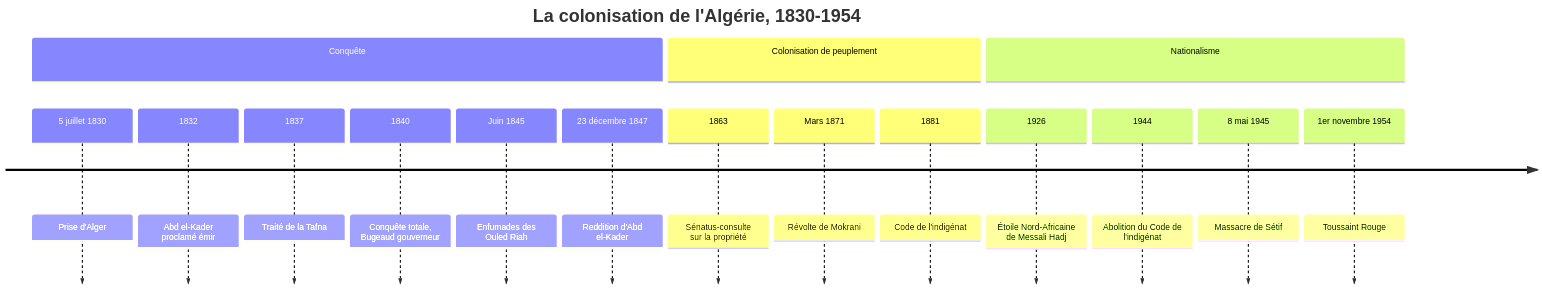
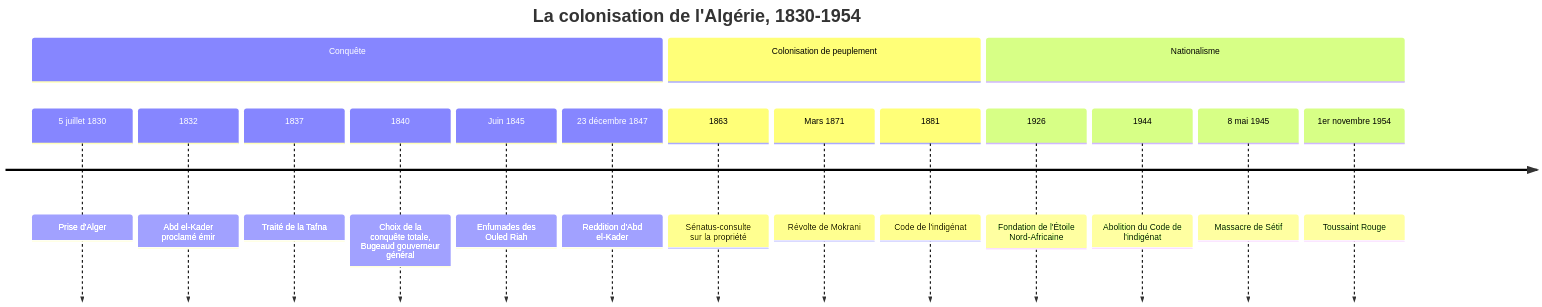
The diagram in Social Sciences/History/France/05 - Colonisation de l'Algérie.md (rwmicro/pensine), drawn with Mermaid before and after one commit. The commit also changed 23 other files, not shown here.

````diff
--- a/Social Sciences/History/France/05 - Colonisation de l'Algérie.md
+++ b/Social Sciences/History/France/05 - Colonisation de l'Algérie.md
@@ -19,20 +19,20 @@
 ```mermaid
 timeline
     title La colonisation de l'Algérie, 1830-1954
     section Conquête
         5 juillet 1830 : Prise d'Alger
         1832 : Abd el-Kader proclamé émir
         1837 : Traité de la Tafna
-        1840 : Conquête totale, Bugeaud gouverneur
+        1840 : Choix de la conquête totale, Bugeaud gouverneur général
         Juin 1845 : Enfumades des Ouled Riah
         23 décembre 1847 : Reddition d'Abd el-Kader
     section Colonisation de peuplement
         1863 : Sénatus-consulte sur la propriété
         Mars 1871 : Révolte de Mokrani
         1881 : Code de l'indigénat
     section Nationalisme
-        1926 : Étoile Nord-Africaine de Messali Hadj
+        1926 : Fondation de l'Étoile Nord-Africaine
         1944 : Abolition du Code de l'indigénat
         8 mai 1945 : Massacre de Sétif
         1er novembre 1954 : Toussaint Rouge
 ```
````
